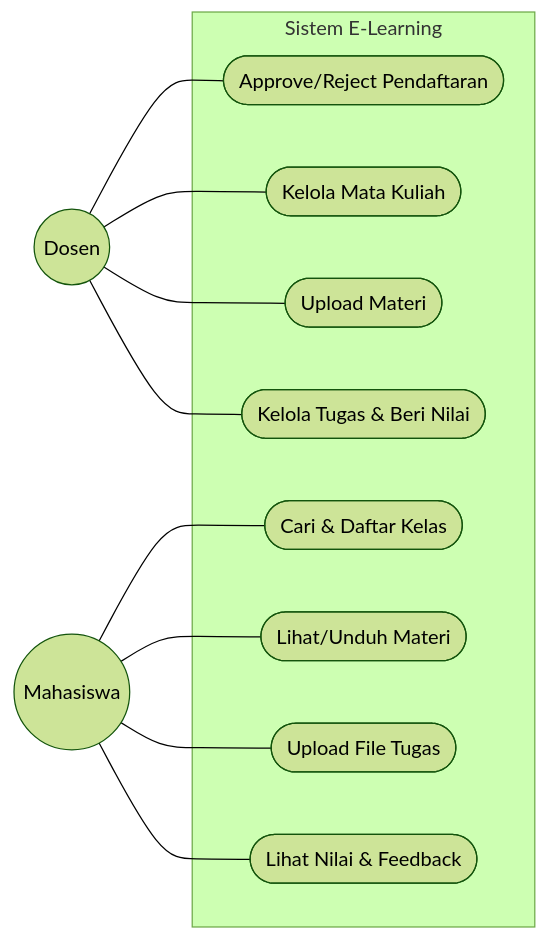
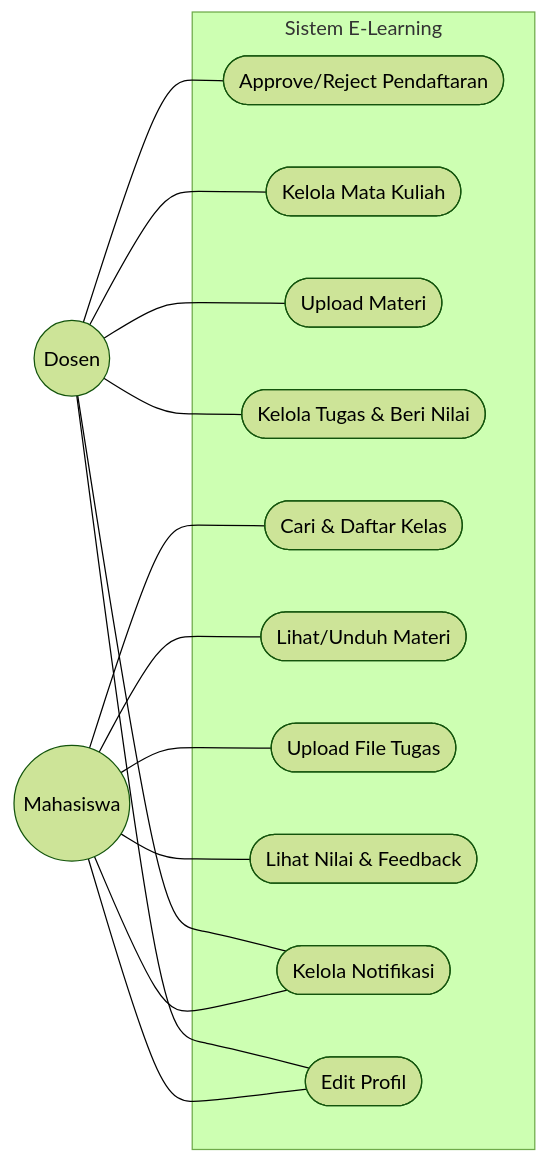
The second of 6 diagrams in README.md (faiq1940/ELEAR), drawn with Mermaid (forest theme) before and after one commit. The commit also changed other lines of this file, not shown here.

````diff
--- a/README.md
+++ b/README.md
@@ -76,25 +217,32 @@
 ```mermaid
 graph LR
-Dosen((Dosen))
-Mahasiswa((Mahasiswa))
+    Dosen((Dosen))
+    Mahasiswa((Mahasiswa))
 
-subgraph SISTEM["Sistem E-Learning"]
-UC1(["Approve/Reject Pendaftaran"])
-UC2(["Kelola Mata Kuliah"])
-UC3(["Upload Materi"])
-UC4(["Kelola Tugas & Beri Nilai"])
-UC5(["Cari & Daftar Kelas"])
-UC6(["Lihat/Unduh Materi"])
-UC7(["Upload File Tugas"])
-UC8(["Lihat Nilai & Feedback"])
-end
+    subgraph SISTEM["Sistem E-Learning"]
+        UC1(["Approve/Reject Pendaftaran"])
+        UC2(["Kelola Mata Kuliah"])
+        UC3(["Upload Materi"])
+        UC4(["Kelola Tugas & Beri Nilai"])
+        UC5(["Cari & Daftar Kelas"])
+        UC6(["Lihat/Unduh Materi"])
+        UC7(["Upload File Tugas"])
+        UC8(["Lihat Nilai & Feedback"])
+        UC9(["Kelola Notifikasi"])
+        UC10(["Edit Profil"])
+    end
 
-Dosen --- UC1
-Dosen --- UC2
-Dosen --- UC3
-Dosen --- UC4
-Mahasiswa --- UC5
-Mahasiswa --- UC6
-Mahasiswa --- UC7
-Mahasiswa --- UC8
+    Dosen --- UC1
+    Dosen --- UC2
+    Dosen --- UC3
+    Dosen --- UC4
+    Dosen --- UC9
+    Dosen --- UC10
+
+    Mahasiswa --- UC5
+    Mahasiswa --- UC6
+    Mahasiswa --- UC7
+    Mahasiswa --- UC8
+    Mahasiswa --- UC9
+    Mahasiswa --- UC10
 ```
````
